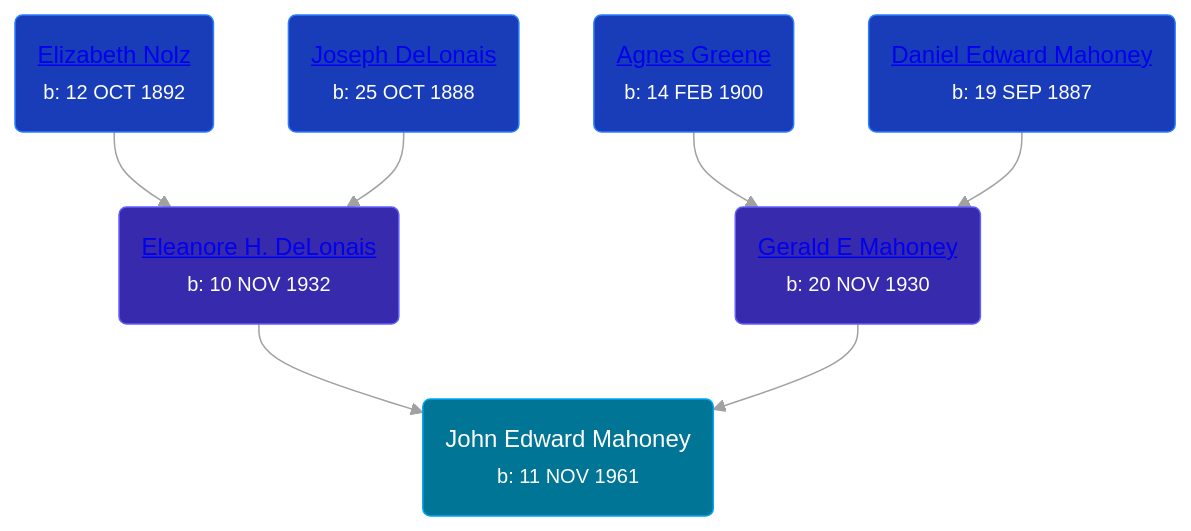
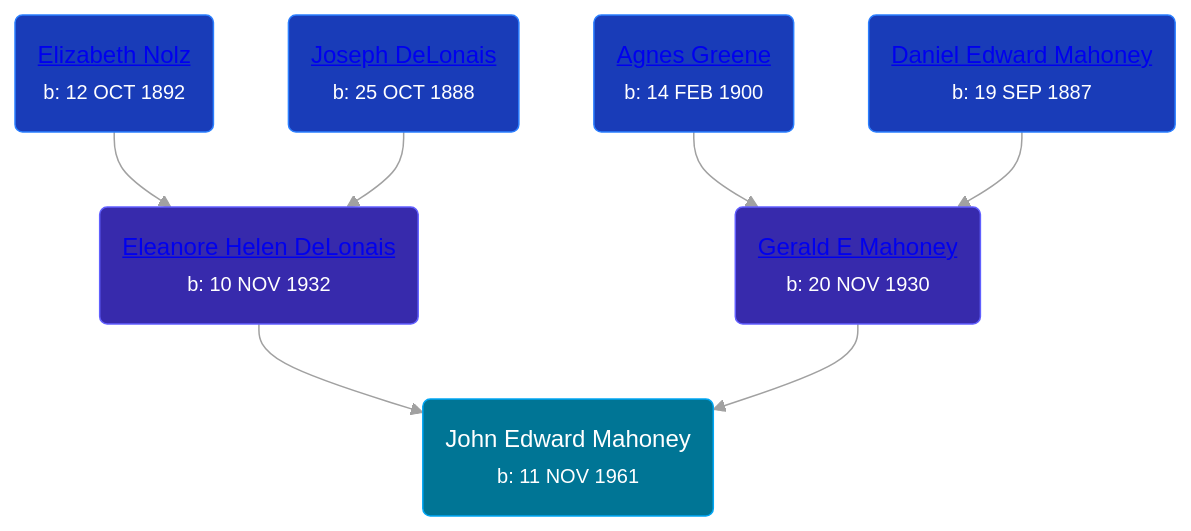
The diagram in pages/people/2/20318131.md (wpmgotkh/wpmgotkh.github.io), drawn with Mermaid (forest theme) before and after one commit. The commit also changed other lines of this file and 213 other files, not shown here.

````diff
--- a/pages/people/2/20318131.md
+++ b/pages/people/2/20318131.md
@@ -11,14 +11,14 @@
 ```mermaid
 graph
 classDef grands fill:#193cb8,stroke:#2b7fff,stroke-width:1px,color:#fff;
 classDef parents fill:#372aac,stroke:#615fff,stroke-width:1px,color:#fff;
 classDef primary fill:#007595,stroke:#00a6f4,stroke-width:1px,color:#fff;
 20318131(John Edward Mahoney<br /><small>b: 11 NOV 1961</small>):::primary
-45463626(<a class="text-white" href="/people/4/45463626">Eleanore H. DeLonais</a><br /><small>b: 10 NOV 1932</small>):::parents-->20318131
+45463626(<a class="text-white" href="/people/4/45463626">Eleanore Helen DeLonais</a><br /><small>b: 10 NOV 1932</small>):::parents-->20318131
 37387446(<a class="text-white" href="/people/3/37387446">Elizabeth Nolz</a><br /><small>b: 12 OCT 1892</small>):::grands-->45463626
 72748828(<a class="text-white" href="/people/7/72748828">Joseph DeLonais</a><br /><small>b: 25 OCT 1888</small>):::grands-->45463626
 10062624(<a class="text-white" href="/people/1/10062624">Gerald E Mahoney</a><br /><small>b: 20 NOV 1930</small>):::parents-->20318131
 15565254(<a class="text-white" href="/people/1/15565254">Agnes Greene</a><br /><small>b: 14 FEB 1900</small>):::grands-->10062624
 24117676(<a class="text-white" href="/people/2/24117676">Daniel Edward Mahoney</a><br /><small>b: 19 SEP 1887</small>):::grands-->10062624
 linkStyle default stroke:#a1a1a1
 ```
````
